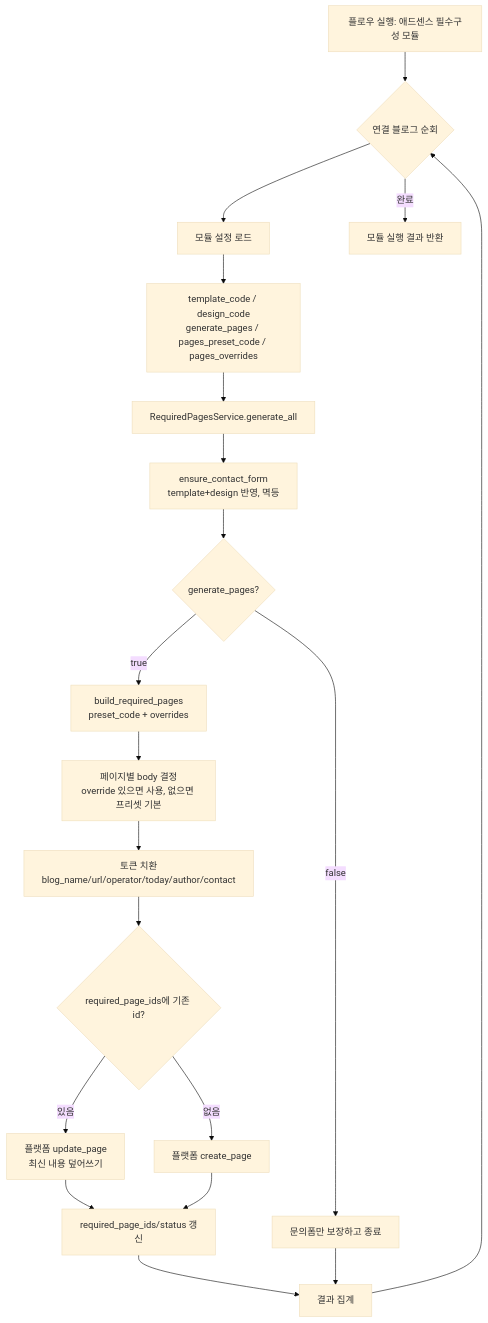
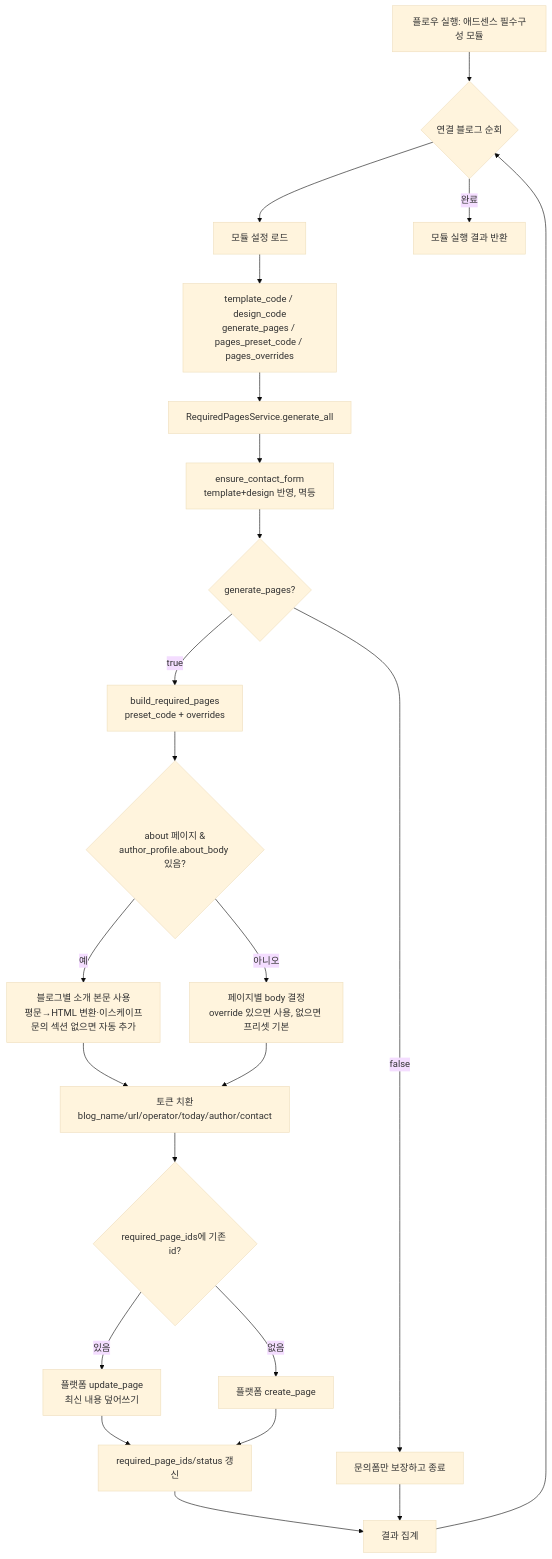
One commit to jteen-lab/blogauto_v2 changed the first of 3 diagrams in services/republish/docs/flowcharts/adsense_required_pages_module.md. Above: the diagram before and after it, drawn with Mermaid (base theme). The commit also changed other lines of this file, not shown here.

Commit message:
docs(flowchart): 블로그별 소개 본문(about_body) 흐름 추가

````diff
--- a/services/republish/docs/flowcharts/adsense_required_pages_module.md
+++ b/services/republish/docs/flowcharts/adsense_required_pages_module.md
@@ -5,24 +5,27 @@
 ```mermaid
 flowchart TD
     A[플로우 실행: 애드센스 필수구성 모듈] --> B{연결 블로그 순회}
     B --> C[모듈 설정 로드]
     C --> C1[template_code / design_code<br/>generate_pages / pages_preset_code / pages_overrides]
     C1 --> D[RequiredPagesService.generate_all]
 
     D --> E[ensure_contact_form<br/>template+design 반영, 멱등]
     E --> F{generate_pages?}
     F -- false --> Z[문의폼만 보장하고 종료]
     F -- true --> G[build_required_pages<br/>preset_code + overrides]
 
-    G --> H[페이지별 body 결정<br/>override 있으면 사용, 없으면 프리셋 기본]
+    G --> H0{about 페이지 &<br/>author_profile.about_body 있음?}
+    H0 -- 예 --> H1[블로그별 소개 본문 사용<br/>평문→HTML 변환·이스케이프<br/>문의 섹션 없으면 자동 추가]
+    H0 -- 아니오 --> H[페이지별 body 결정<br/>override 있으면 사용, 없으면 프리셋 기본]
+    H1 --> I
     H --> I[토큰 치환<br/>blog_name/url/operator/today/author/contact]
     I --> J{required_page_ids에 기존 id?}
     J -- 있음 --> K[플랫폼 update_page<br/>최신 내용 덮어쓰기]
     J -- 없음 --> L[플랫폼 create_page]
     K --> M[required_page_ids/status 갱신]
     L --> M
     M --> N[결과 집계]
     Z --> N
     N --> B
     B -- 완료 --> O[모듈 실행 결과 반환]
 ```
````
